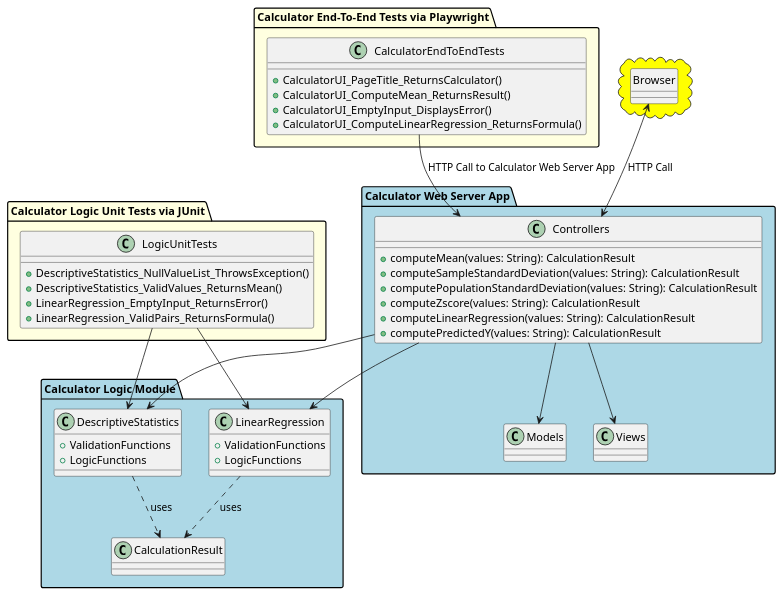
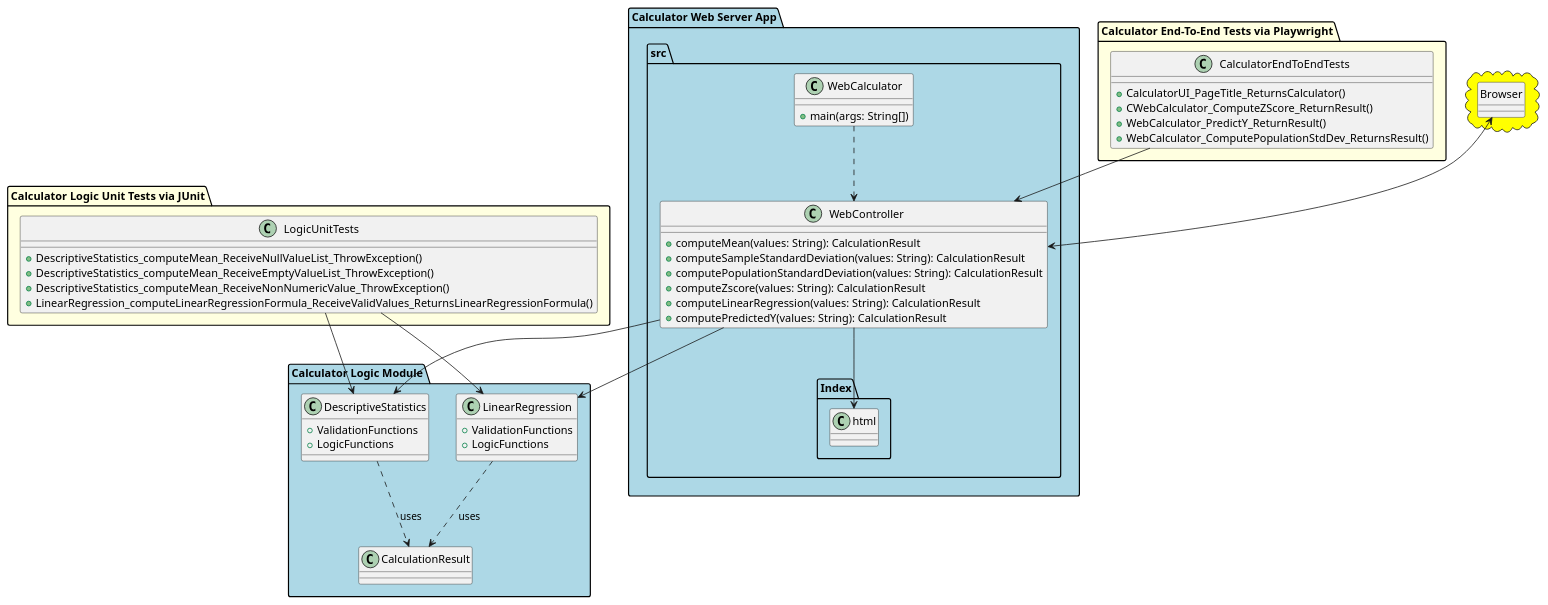
The diagram in mardown/umlDiagram.puml (ninuljaja/SWE3643-Fall2024-Project), drawn with PlantUML before and after one commit. The commit also changed 1 other file, not shown here.

```diff
--- a/mardown/umlDiagram.puml
+++ b/mardown/umlDiagram.puml
@@ -1,65 +1,72 @@
 @startuml
 allowmixing
 
 package "Calculator Logic Module" #lightblue {
     class DescriptiveStatistics {
         + ValidationFunctions
         + LogicFunctions
     }
 
     class LinearRegression {
         + ValidationFunctions
         + LogicFunctions
     }
 
     DescriptiveStatistics ..> CalculationResult : uses
     LinearRegression ..> CalculationResult : uses
 }
 
 package "Calculator Logic Unit Tests via JUnit" #lightyellow {
     class LogicUnitTests {
-        + DescriptiveStatistics_NullValueList_ThrowsException()
-        + DescriptiveStatistics_ValidValues_ReturnsMean()
-        + LinearRegression_EmptyInput_ReturnsError()
-        + LinearRegression_ValidPairs_ReturnsFormula()
+        + DescriptiveStatistics_computeMean_ReceiveNullValueList_ThrowException()
+        + DescriptiveStatistics_computeMean_ReceiveEmptyValueList_ThrowException()
+        + DescriptiveStatistics_computeMean_ReceiveNonNumericValue_ThrowException()
+        + LinearRegression_computeLinearRegressionFormula_ReceiveValidValues_ReturnsLinearRegressionFormula()
     }
 
     LogicUnitTests --> DescriptiveStatistics
     LogicUnitTests --> LinearRegression
 }
 
 package "Calculator Web Server App" #lightblue {
-    class Models
-    class Views
-    class Controllers {
-        + computeMean(values: String): CalculationResult
-        + computeSampleStandardDeviation(values: String): CalculationResult
-        + computePopulationStandardDeviation(values: String): CalculationResult
-        + computeZscore(values: String): CalculationResult
-        + computeLinearRegression(values: String): CalculationResult
-        + computePredictedY(values: String): CalculationResult
+    package "src" {
+        class WebCalculator {
+            + main(args: String[])
+        }
+
+        class WebController {
+            + computeMean(values: String): CalculationResult
+            + computeSampleStandardDeviation(values: String): CalculationResult
+            + computePopulationStandardDeviation(values: String): CalculationResult
+            + computeZscore(values: String): CalculationResult
+            + computeLinearRegression(values: String): CalculationResult
+            + computePredictedY(values: String): CalculationResult
+        }
+
+        class Index.html {
+        }
+
+        WebController --> DescriptiveStatistics
+        WebController --> LinearRegression
+        WebController --> Index.html
     }
 
-    Controllers --> Views
-    Controllers --> Models
-    Controllers --> DescriptiveStatistics
-    Controllers --> LinearRegression
+    WebCalculator ..> WebController 
 }
 
 package "Calculator End-To-End Tests via Playwright" #lightyellow {
     class CalculatorEndToEndTests {
         + CalculatorUI_PageTitle_ReturnsCalculator()
-        + CalculatorUI_ComputeMean_ReturnsResult()
-        + CalculatorUI_EmptyInput_DisplaysError()
-        + CalculatorUI_ComputeLinearRegression_ReturnsFormula()
+        + CWebCalculator_ComputeZScore_ReturnResult()
+        + WebCalculator_PredictY_ReturnResult()
+        + WebCalculator_ComputePopulationStdDev_ReturnsResult()
     }
 
-    CalculatorEndToEndTests --> Controllers : HTTP Call to Calculator Web Server App
+    CalculatorEndToEndTests --> WebController 
 }
 
 cloud #yellow {
     hide circle
     class Browser
-    Browser <--> Controllers : HTTP Call
-}
+    Browser <--> WebController 
 @enduml
```
